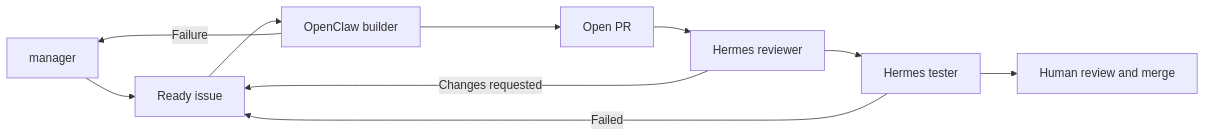
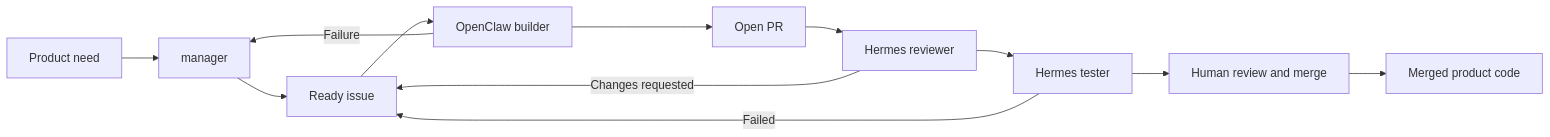
Before and after one commit to anishs1207/mini-software-factory: the diagram in DELIVERY.template.md, drawn with Mermaid. The commit also changed other lines of this file and 33 other files, not shown here.

````diff
--- a/DELIVERY.template.md
+++ b/DELIVERY.template.md
@@ -24,12 +26,14 @@
 ```mermaid
 flowchart LR
+  idea[Product need] --> manager
   manager --> issue[Ready issue]
   issue --> builder[OpenClaw builder]
   builder --> pr[Open PR]
   pr --> reviewer[Hermes reviewer]
   reviewer --> tester[Hermes tester]
   tester --> human[Human review and merge]
+  human --> merged[Merged product code]
   reviewer -->|Changes requested| issue
   tester -->|Failed| issue
   builder -->|Failure| manager
 ```
````
